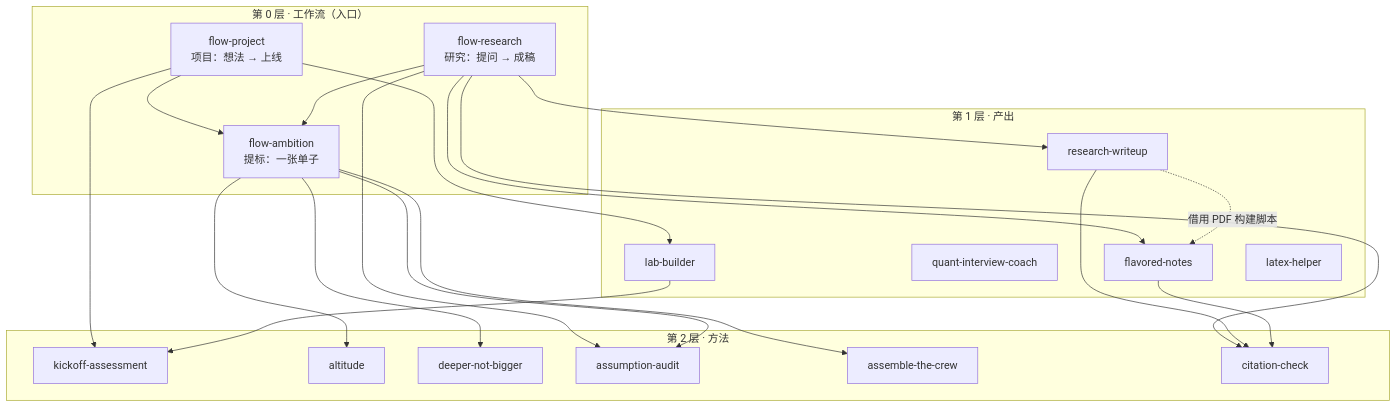
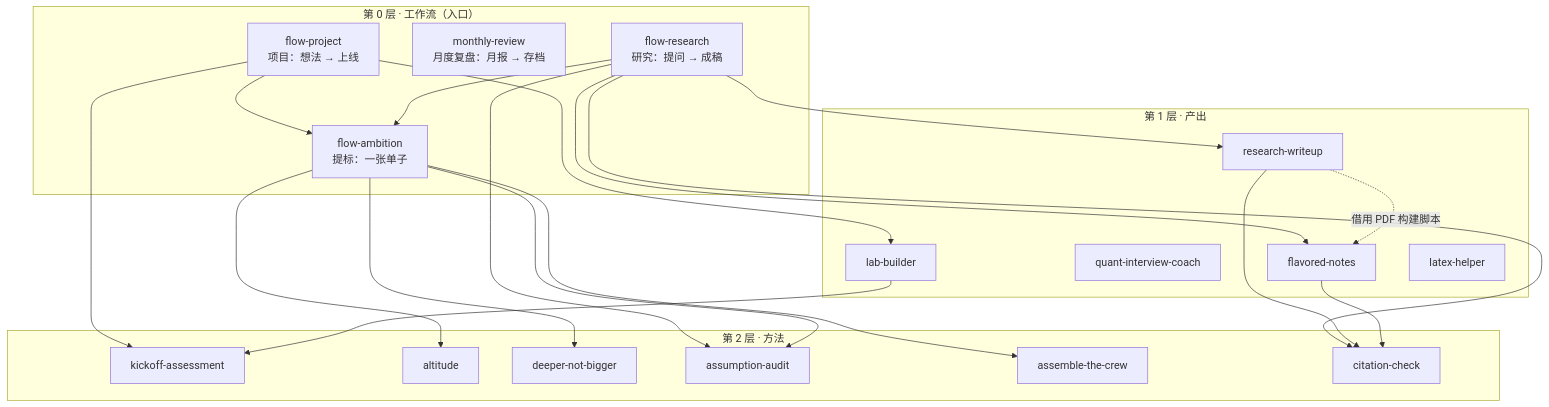
Before and after one commit to ZechenBian/ZechenBian.github.io: the diagram in _skills/README.md, drawn with Mermaid. The commit also changed other lines of this file and 31 other files, not shown here.

First line of the commit message:
skills: 新增 monthly-review（月度复盘：月报、评判、待决池、批示后存档）

````diff
--- a/_skills/README.md
+++ b/_skills/README.md
@@ -15,41 +15,43 @@
 ```mermaid
 flowchart TB
   subgraph L0["第 0 层 · 工作流（入口）"]
     FP["flow-project<br/>项目：想法 → 上线"]
     FR["flow-research<br/>研究：提问 → 成稿"]
     FA["flow-ambition<br/>提标：一张单子"]
+    MR["monthly-review<br/>月度复盘：月报 → 存档"]
   end
   subgraph L1["第 1 层 · 产出"]
     LB[lab-builder]
     RW[research-writeup]
     FN[flavored-notes]
     LH[latex-helper]
     QC[quant-interview-coach]
   end
   subgraph L2["第 2 层 · 方法"]
     KA[kickoff-assessment]
     AL[altitude]
     DN[deeper-not-bigger]
     AA[assumption-audit]
     AC[assemble-the-crew]
     CC[citation-check]
   end
   FP --> LB
   FR --> RW
   FR --> FN
   FP --> FA
   FR --> FA
   FP --> KA
   FR --> AA
   FR --> CC
   FA --> AL
   FA --> DN
   FA --> AA
   FA --> AC
   LB --> KA
   RW --> CC
   FN --> CC
   RW -. 借用 PDF 构建脚本 .-> FN
+  MR ~~~ FA
   QC ~~~ AC
   LH ~~~ CC
 ```
````
